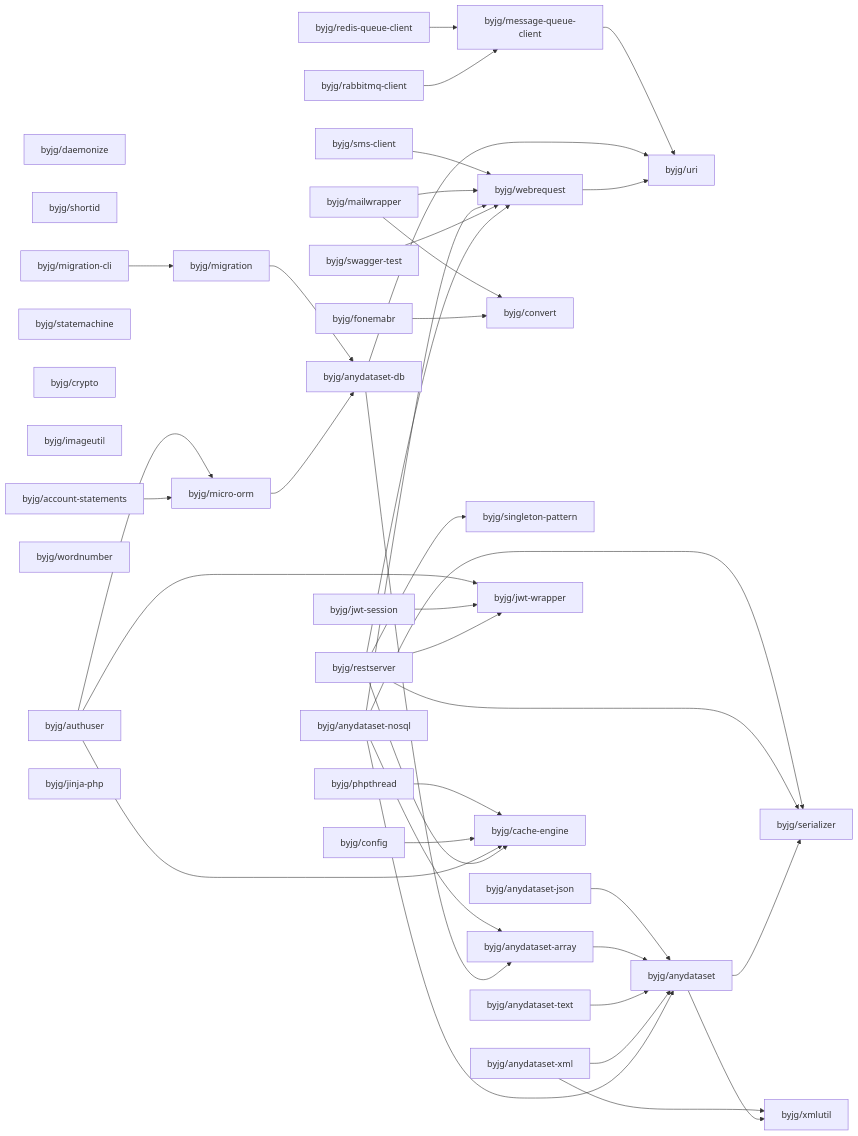
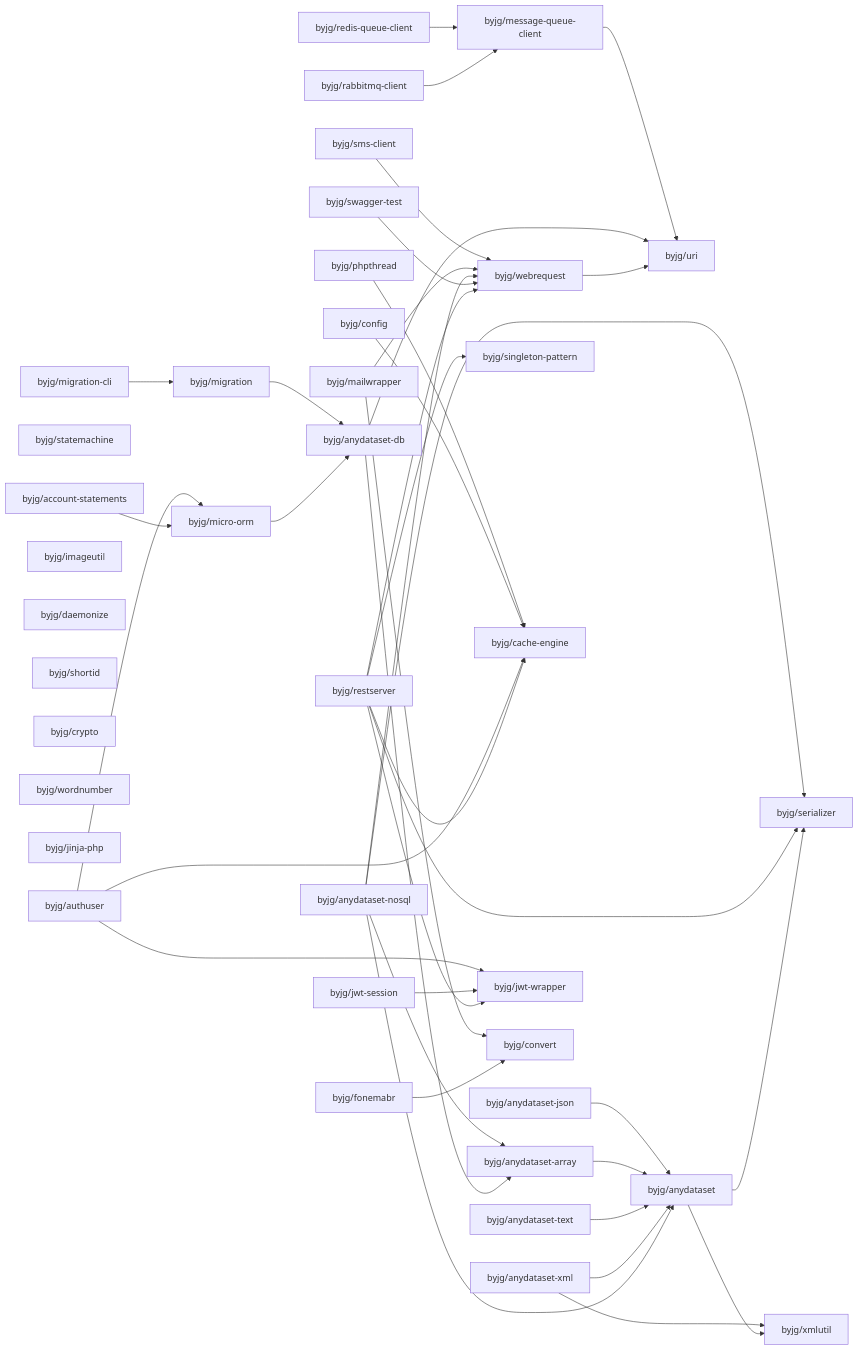
The diagram in docs/php/README.md (byjg/byjg.github.io), drawn with Mermaid before and after one commit. The commit also changed other lines of this file and 1 other file, not shown here.

Commit message:
Update documentation 'php' 'php-jwt-session'

````diff
--- a/docs/php/README.md
+++ b/docs/php/README.md
@@ -3,78 +3,78 @@
 ```mermaid
 graph LR;
-  byjg/anydataset-xml;
+  byjg/swagger-test;
+  byjg/sms-client;
+  byjg/redis-queue-client;
+  byjg/migration-cli;
+  byjg/statemachine;
+  byjg/account-statements;
+  byjg/imageutil;
+  byjg/daemonize;
   byjg/rabbitmq-client;
+  byjg/anydataset-text;
+  byjg/config;
+  byjg/jwt-session;
+  byjg/shortid;
   byjg/mailwrapper;
-  byjg/daemonize;
-  byjg/shortid;
-  byjg/authuser;
-  byjg/jwt-session;
-  byjg/fonemabr;
-  byjg/statemachine;
+  byjg/phpthread;
   byjg/anydataset-nosql;
   byjg/crypto;
-  byjg/imageutil;
-  byjg/config;
-  byjg/swagger-test;
-  byjg/sms-client;
-  byjg/account-statements;
   byjg/wordnumber;
-  byjg/migration-cli;
+  byjg/anydataset-xml;
+  byjg/jinja-php;
+  byjg/authuser;
   byjg/restserver;
-  byjg/jinja-php;
-  byjg/redis-queue-client;
-  byjg/anydataset-text;
-  byjg/phpthread;
   byjg/anydataset-json;
-  byjg/convert;
+  byjg/fonemabr;
+  byjg/migration;
+  byjg/message-queue-client;
   byjg/micro-orm;
-  byjg/migration;
   byjg/singleton-pattern;
+  byjg/cache-engine;
   byjg/webrequest;
   byjg/jwt-wrapper;
-  byjg/message-queue-client;
-  byjg/cache-engine;
+  byjg/convert;
   byjg/anydataset-db;
   byjg/anydataset-array;
   byjg/uri;
   byjg/anydataset;
   byjg/serializer;
   byjg/xmlutil;
   byjg/anydataset-json --> byjg/anydataset;
   byjg/sms-client --> byjg/webrequest;
   byjg/anydataset-array --> byjg/anydataset;
   byjg/phpthread --> byjg/cache-engine;
   byjg/anydataset-text --> byjg/anydataset;
   byjg/mailwrapper --> byjg/convert;
   byjg/mailwrapper --> byjg/webrequest;
   byjg/migration-cli --> byjg/migration;
   byjg/anydataset-xml --> byjg/anydataset;
   byjg/anydataset-xml --> byjg/xmlutil;
   byjg/redis-queue-client --> byjg/message-queue-client;
   byjg/fonemabr --> byjg/convert;
   byjg/message-queue-client --> byjg/uri;
   byjg/config --> byjg/cache-engine;
   byjg/rabbitmq-client --> byjg/message-queue-client;
   byjg/authuser --> byjg/micro-orm;
   byjg/authuser --> byjg/cache-engine;
   byjg/authuser --> byjg/jwt-wrapper;
   byjg/jwt-session --> byjg/jwt-wrapper;
   byjg/anydataset-nosql --> byjg/anydataset;
   byjg/anydataset-nosql --> byjg/anydataset-array;
   byjg/anydataset-nosql --> byjg/serializer;
   byjg/anydataset-nosql --> byjg/webrequest;
   byjg/anydataset-db --> byjg/anydataset-array;
   byjg/anydataset-db --> byjg/uri;
   byjg/swagger-test --> byjg/webrequest;
   byjg/restserver --> byjg/serializer;
   byjg/restserver --> byjg/singleton-pattern;
   byjg/restserver --> byjg/cache-engine;
   byjg/restserver --> byjg/webrequest;
   byjg/restserver --> byjg/jwt-wrapper;
   byjg/migration --> byjg/anydataset-db;
   byjg/anydataset --> byjg/serializer;
   byjg/anydataset --> byjg/xmlutil;
   byjg/micro-orm --> byjg/anydataset-db;
   byjg/webrequest --> byjg/uri;
   byjg/account-statements --> byjg/micro-orm;
 ```
````
